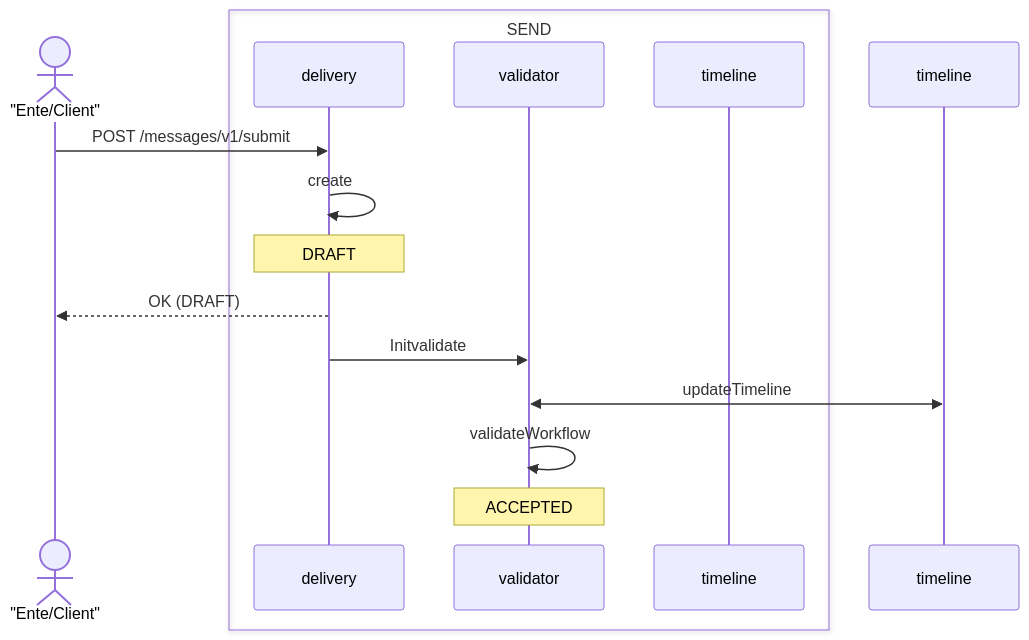
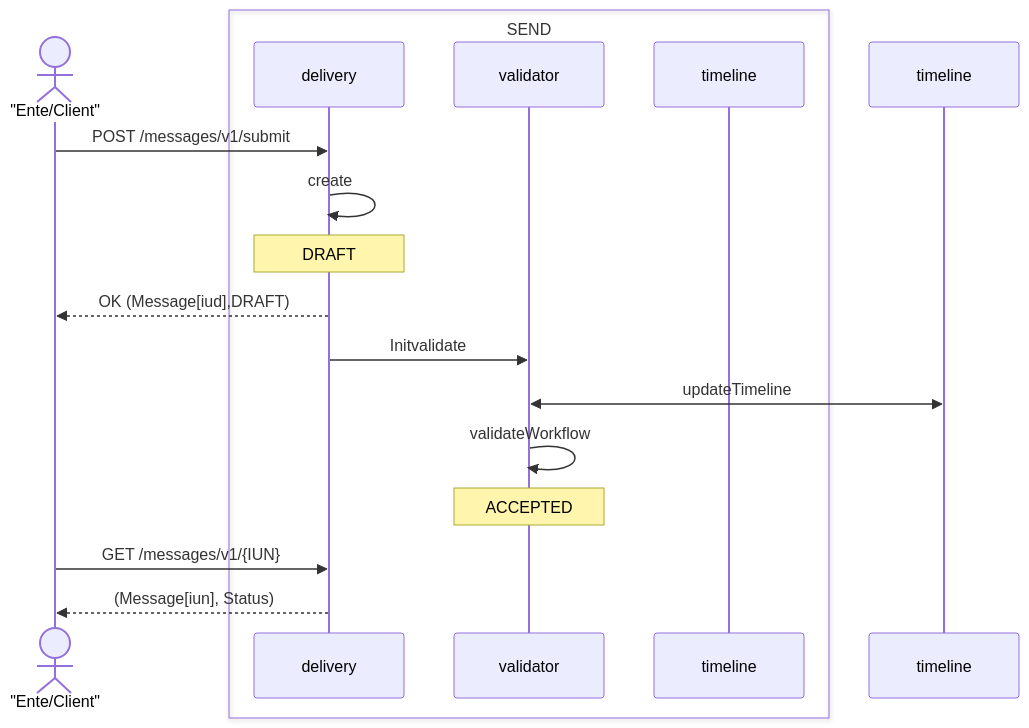
The third of 3 diagrams in send/orchestratore/orchestratore.md (pagopa/pn-lab-docs), drawn with Mermaid before and after one commit. The commit also changed other lines of this file and 1 other file, not shown here.

````diff
--- a/send/orchestratore/orchestratore.md
+++ b/send/orchestratore/orchestratore.md
@@ -72,18 +95,21 @@
 ```mermaid
 sequenceDiagram
 actor ec as "Ente/Client"
 box SEND
 participant cmp as delivery
 participant val as validator
 participant time as timeline
 end
 
 ec ->> cmp : POST /messages/v1/submit
 cmp ->> cmp : create
 note over cmp: DRAFT
-cmp -->> ec: OK (DRAFT)
+cmp -->> ec: OK (Message[iud],DRAFT)
 cmp ->> val : Initvalidate
 val <<->> timeline : updateTimeline
 val ->> val : validateWorkflow
 note over val: ACCEPTED
+
+ec ->> cmp: GET /messages/v1/{IUN}
+cmp -->> ec : (Message[iun], Status)
 ```
````
